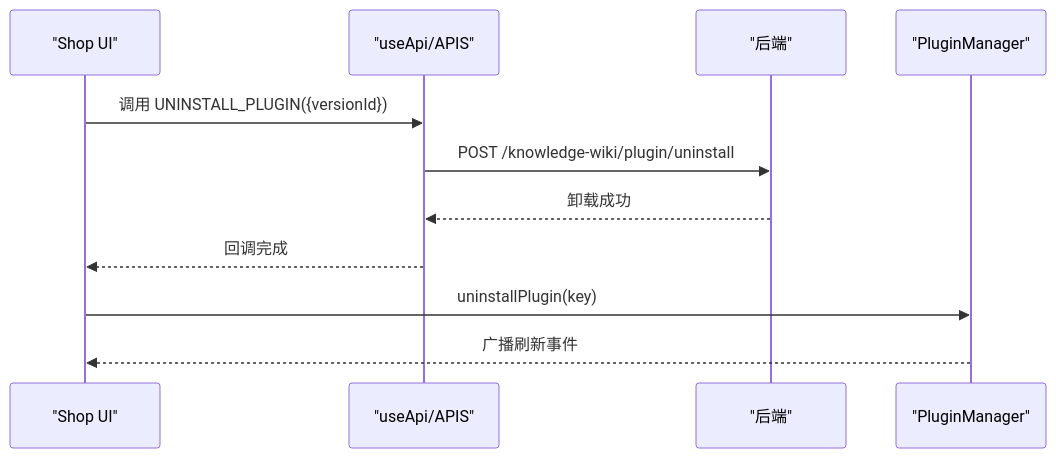
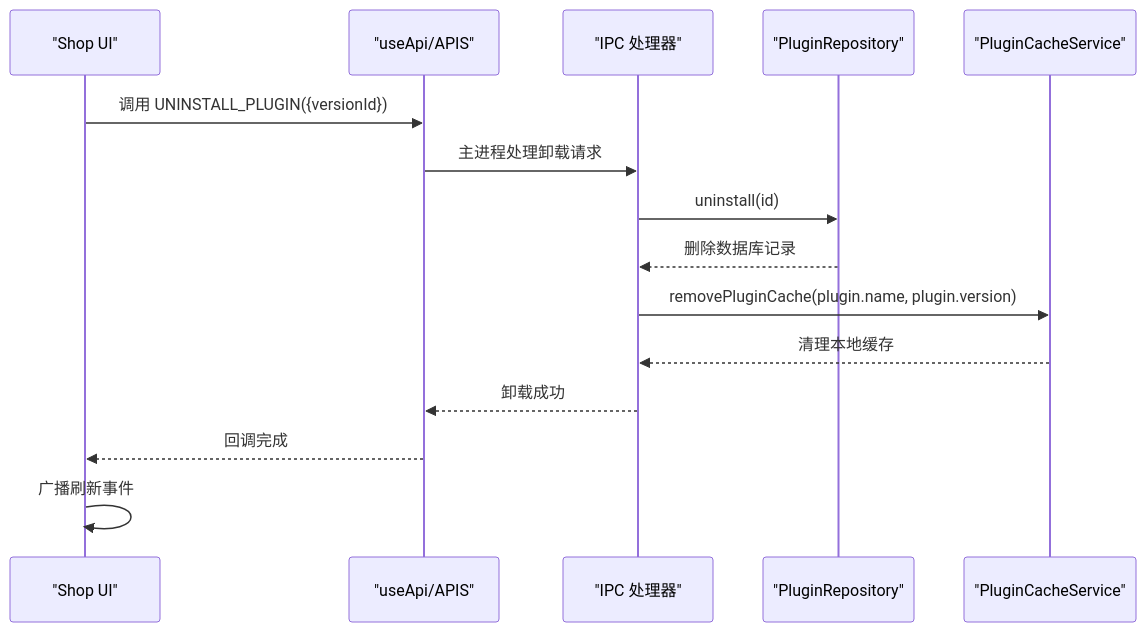
The fourth of 7 diagrams in .qoder/repowiki/zh/content/API参考/插件管理API.md (LRF0422/Kotion), drawn with Mermaid before and after one commit. The commit also changed other lines of this file and 75 other files, not shown here.

````diff
--- a/.qoder/repowiki/zh/content/API参考/插件管理API.md
+++ b/.qoder/repowiki/zh/content/API参考/插件管理API.md
@@ -235,13 +320,17 @@
 ```mermaid
 sequenceDiagram
 participant UI as "Shop UI"
 participant API as "useApi/APIS"
-participant BE as "后端"
-participant PM as "PluginManager"
+participant IPC as "IPC 处理器"
+participant Repo as "PluginRepository"
+participant Cache as "PluginCacheService"
 UI->>API : 调用 UNINSTALL_PLUGIN({versionId})
-API->>BE : POST /knowledge-wiki/plugin/uninstall
-BE-->>API : 卸载成功
+API->>IPC : 主进程处理卸载请求
+IPC->>Repo : uninstall(id)
+Repo-->>IPC : 删除数据库记录
+IPC->>Cache : removePluginCache(plugin.name, plugin.version)
+Cache-->>IPC : 清理本地缓存
+IPC-->>API : 卸载成功
 API-->>UI : 回调完成
-UI->>PM : uninstallPlugin(key)
-PM-->>UI : 广播刷新事件
+UI->>UI : 广播刷新事件
 ```
````
